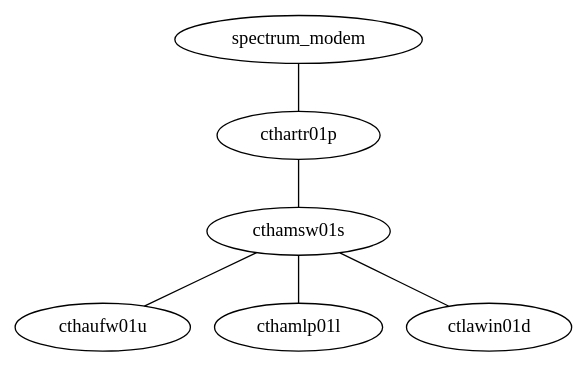
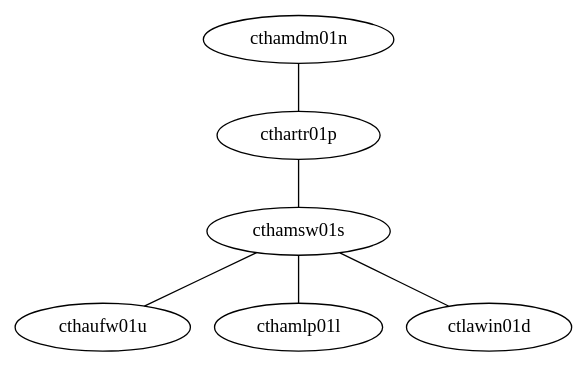
One commit to jrddunbr/sysconfig changed the diagram in ctha/network.dot. Above: the diagram before and after it, drawn with Graphviz. The commit also changed 8 other files, not shown here.

```diff
--- a/ctha/network.dot
+++ b/ctha/network.dot
@@ -1,14 +1,14 @@
 graph {
-    spectrum_modem
+    cthamdm01n
     cthartr01p
     cthamsw01s
     cthaufw01u
     cthamlp01l
     ctlawin01d
 
-    spectrum_modem -- cthartr01p
+    cthamdm01n -- cthartr01p
     cthartr01p -- cthamsw01s
     cthamsw01s -- cthaufw01u
     cthamsw01s -- cthamlp01l
     cthamsw01s -- ctlawin01d
 }
```
